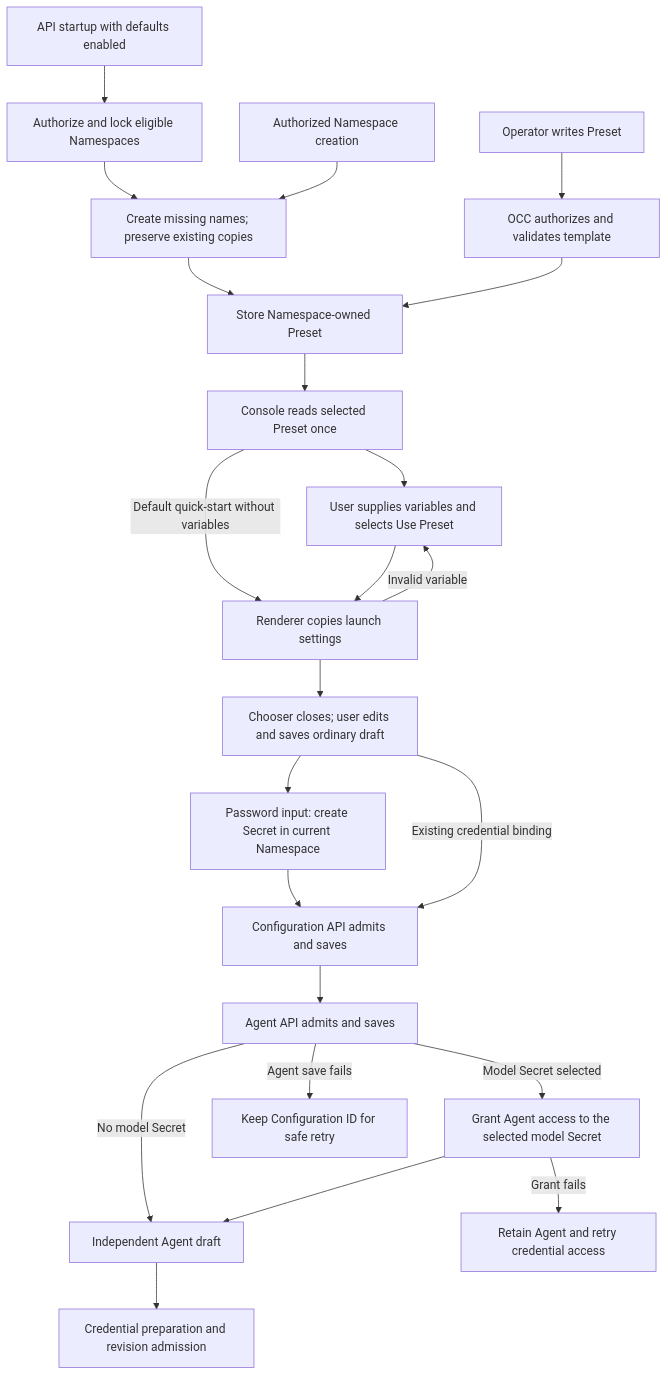
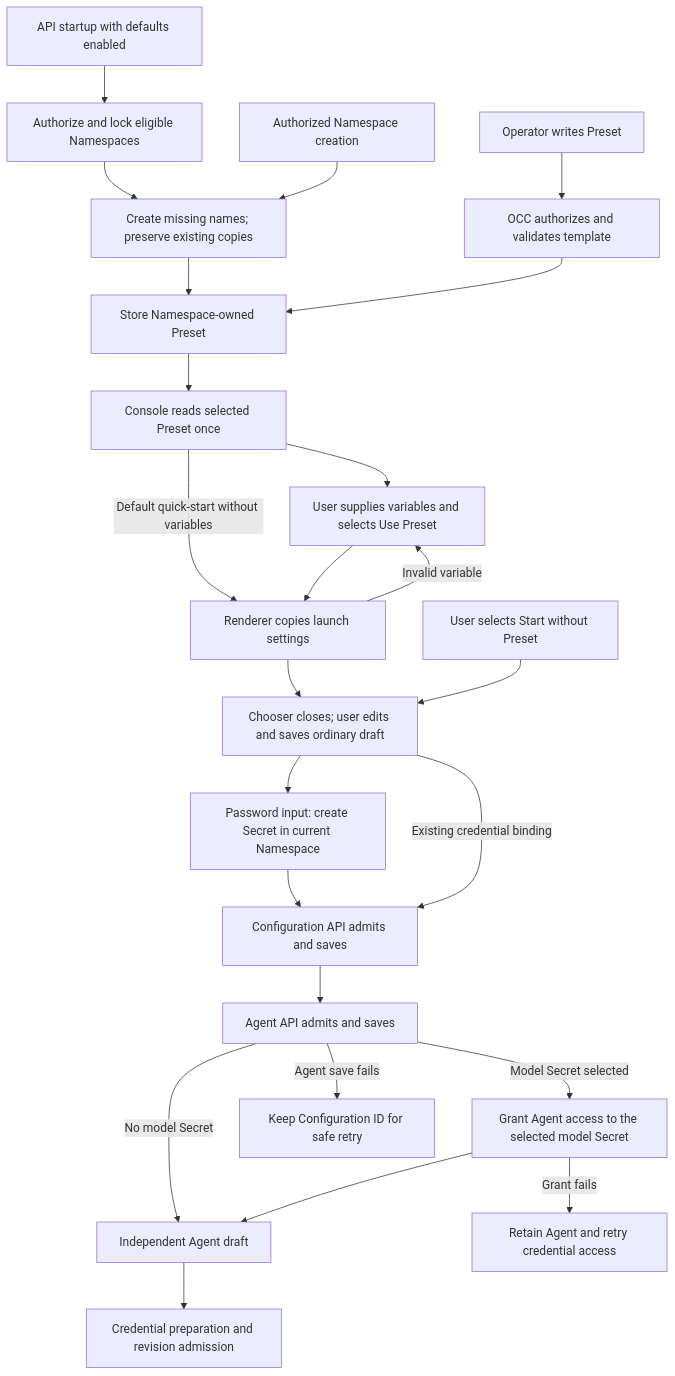
The diagram in docs/flows/agent-presets.md (IsaiahStapleton/openclaw-enterprise), drawn with Mermaid before and after one commit. The commit also changed other lines of this file and 9 other files, not shown here.

Commit message:
Restore explicit creation without a Preset

````diff
--- a/docs/flows/agent-presets.md
+++ b/docs/flows/agent-presets.md
@@ -35,25 +35,26 @@
 ```mermaid
 graph TD
   S0["API startup with defaults enabled"] --> S1["Authorize and lock eligible Namespaces"]
   S1 --> S2["Create missing names; preserve existing copies"]
   S2 --> C
   N["Authorized Namespace creation"] --> S2
   A["Operator writes Preset"] --> B["OCC authorizes and validates template"]
   B --> C["Store Namespace-owned Preset"]
   C --> D["Console reads selected Preset once"]
   D --> E["User supplies variables and selects Use Preset"]
   D -->|Default quick-start without variables| F
   E --> F["Renderer copies launch settings"]
   F --> G["Chooser closes; user edits and saves ordinary draft"]
+  U["User selects Start without Preset"] --> G
   G --> S["Password input: create Secret in current Namespace"]
   S --> H["Configuration API admits and saves"]
   G -->|Existing credential binding| H
   H --> I["Agent API admits and saves"]
   I -->|Model Secret selected| O["Grant Agent access to the selected model Secret"]
   I -->|No model Secret| J
   O --> J["Independent Agent draft"]
   O -->|Grant fails| R["Retain Agent and retry credential access"]
   F -->|Invalid variable| E
   I -->|Agent save fails| K["Keep Configuration ID for safe retry"]
   J --> L["Credential preparation and revision admission"]
 ```
````
